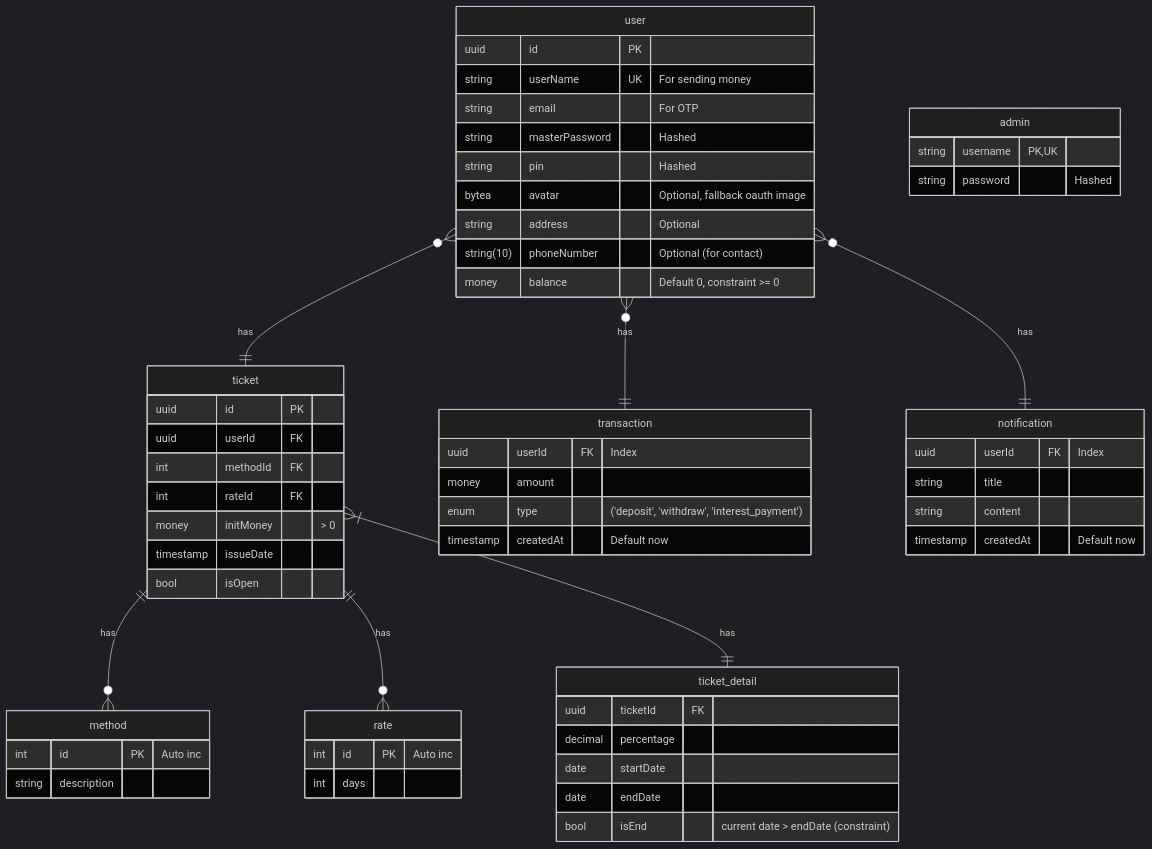
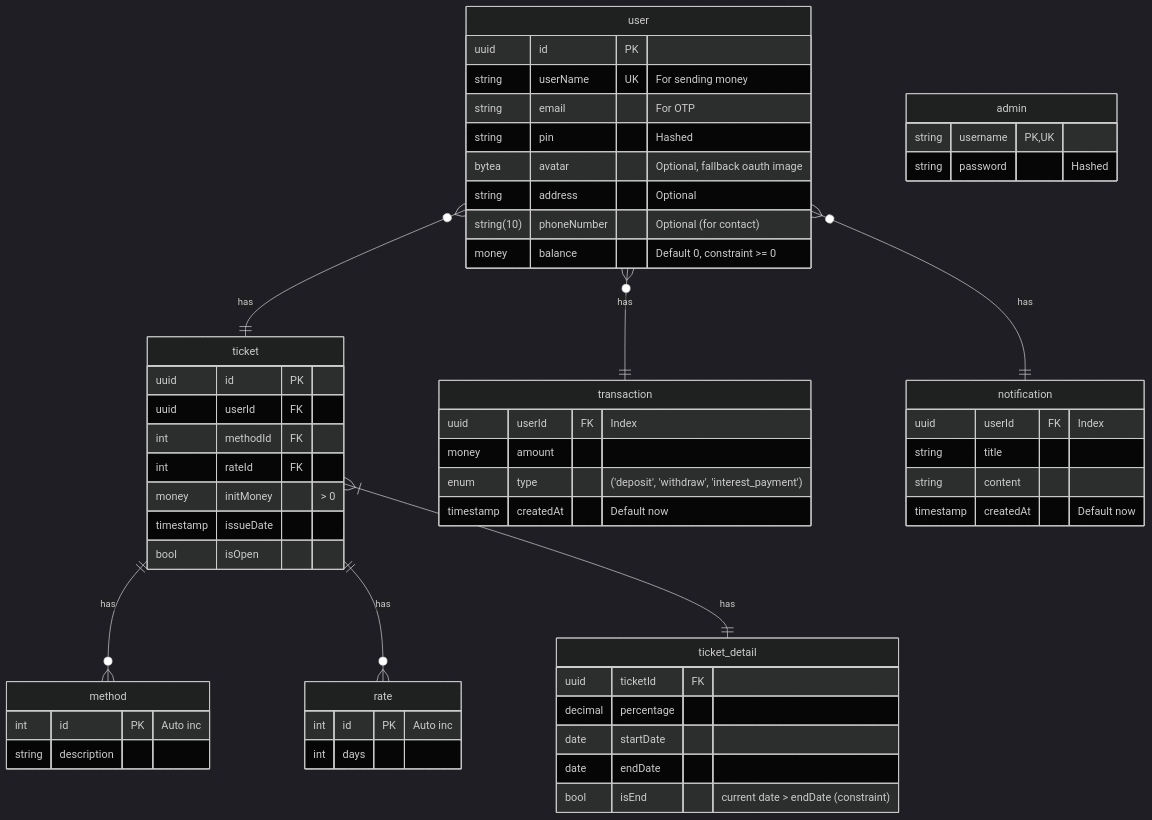
One commit to coinhub-uit/.github changed the first of 2 diagrams in profile/README.md. Above: the diagram before and after it, drawn with Mermaid (dark theme).

Commit message:
feat: remove master password for user

````diff
--- a/profile/README.md
+++ b/profile/README.md
@@ -15,72 +15,71 @@
 ```mermaid
 erDiagram
   user {
     uuid id PK
     string userName UK "For sending money"
     string email "For OTP"
-    string masterPassword "Hashed"
     string pin "Hashed"
     bytea avatar "Optional, fallback oauth image"
     string address "Optional"
     string(10) phoneNumber "Optional (for contact)"
     %% For what??
     %% bool isActive
     money balance "Default 0, constraint >= 0"
   }
 
   method {
     int id PK "Auto inc"
     string description
   }
 
   %% name??
   rate {
     int id PK "Auto inc"
     int days
   }
 
   ticket {
     uuid id PK
     uuid userId FK
     int methodId FK
     int rateId FK
     money initMoney "> 0"
     timestamp issueDate
     bool isOpen
   }
 
   %% need change the name
   ticket_detail {
     uuid ticketId FK
     decimal percentage
     date startDate
     date endDate
     bool isEnd "current date > endDate (constraint)"
   }
 
   transaction {
     uuid userId FK "Index"
     money amount
     enum type "('deposit', 'withdraw', 'interest_payment')"
     timestamp createdAt "Default now"
   }
 
   notification {
     uuid userId FK "Index"
     string title
     string content
     timestamp createdAt "Default now"
   }
 
   admin {
     string username PK,UK
     string password "Hashed"
   }
 
   user }o--|| ticket : has
   user }o--|| transaction : has
   user }o--|| notification : has
   ticket ||--}o method : has
   ticket ||--}o rate : has
   ticket }|--|| ticket_detail : has
 ```
````
